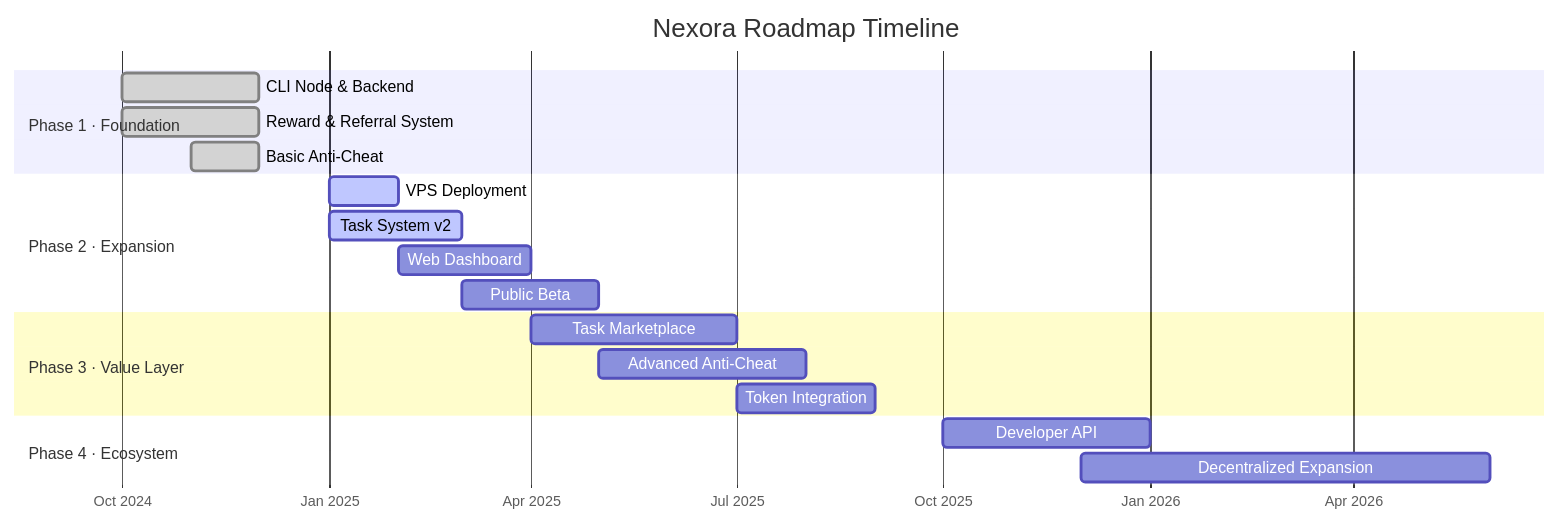
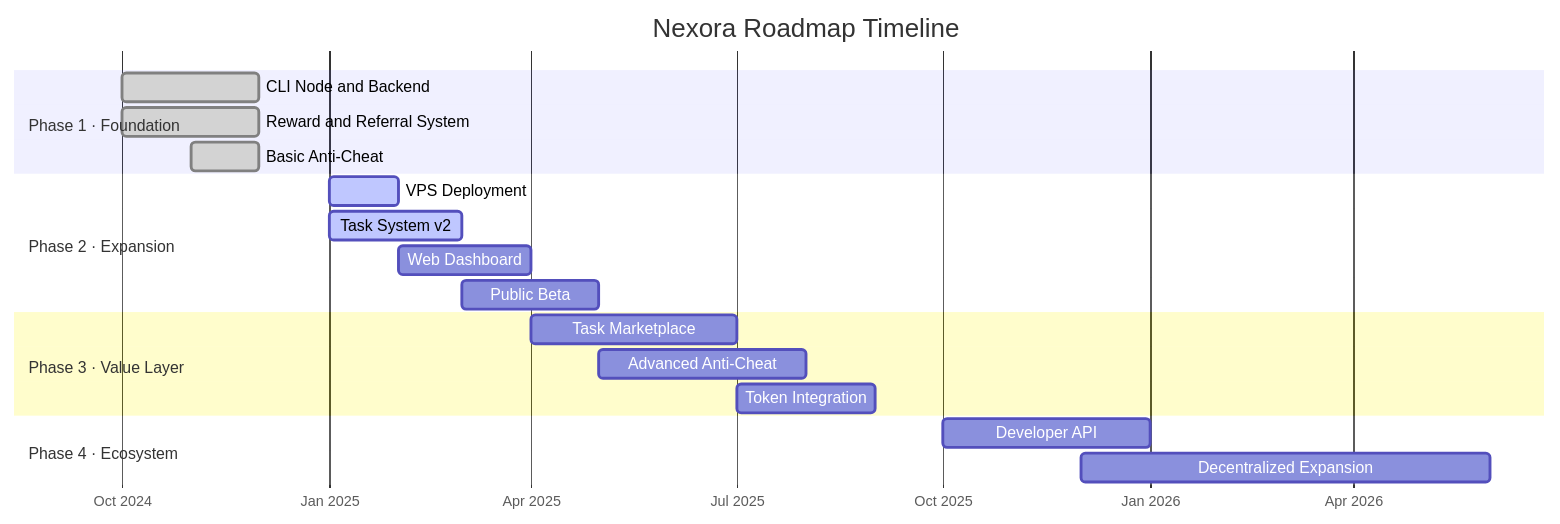
Before and after one commit to Nexora-Node/Docs: the sixth of 6 diagrams in roadmap.md, drawn with Mermaid. The commit also changed other lines of this file and 5 other files, not shown here.

Commit message:
docs: fix diagram bugs, unify color palette, remove bidirectional arrows

````diff
--- a/roadmap.md
+++ b/roadmap.md
@@ -182,26 +183,26 @@
 ```mermaid
 gantt
     title Nexora Roadmap Timeline
     dateFormat YYYY-MM
     axisFormat %b %Y
 
     section Phase 1 · Foundation
-    CLI Node & Backend       :done,    p1a, 2024-10, 2024-12
-    Reward & Referral System :done,    p1b, 2024-10, 2024-12
-    Basic Anti-Cheat         :done,    p1c, 2024-11, 2024-12
+    CLI Node and Backend         :done,    p1a, 2024-10, 2024-12
+    Reward and Referral System   :done,    p1b, 2024-10, 2024-12
+    Basic Anti-Cheat             :done,    p1c, 2024-11, 2024-12
 
     section Phase 2 · Expansion
-    VPS Deployment           :active,  p2a, 2025-01, 2025-02
-    Task System v2           :active,  p2b, 2025-01, 2025-03
-    Web Dashboard            :         p2c, 2025-02, 2025-04
-    Public Beta              :         p2d, 2025-03, 2025-05
+    VPS Deployment               :active,  p2a, 2025-01, 2025-02
+    Task System v2               :active,  p2b, 2025-01, 2025-03
+    Web Dashboard                :         p2c, 2025-02, 2025-04
+    Public Beta                  :         p2d, 2025-03, 2025-05
 
     section Phase 3 · Value Layer
-    Task Marketplace         :         p3a, 2025-04, 2025-07
-    Advanced Anti-Cheat      :         p3b, 2025-05, 2025-08
-    Token Integration        :         p3c, 2025-07, 2025-09
+    Task Marketplace             :         p3a, 2025-04, 2025-07
+    Advanced Anti-Cheat          :         p3b, 2025-05, 2025-08
+    Token Integration            :         p3c, 2025-07, 2025-09
 
     section Phase 4 · Ecosystem
-    Developer API            :         p4a, 2025-10, 2026-01
-    Decentralized Expansion  :         p4b, 2025-12, 2026-06
+    Developer API                :         p4a, 2025-10, 2026-01
+    Decentralized Expansion      :         p4b, 2025-12, 2026-06
 ```
````
